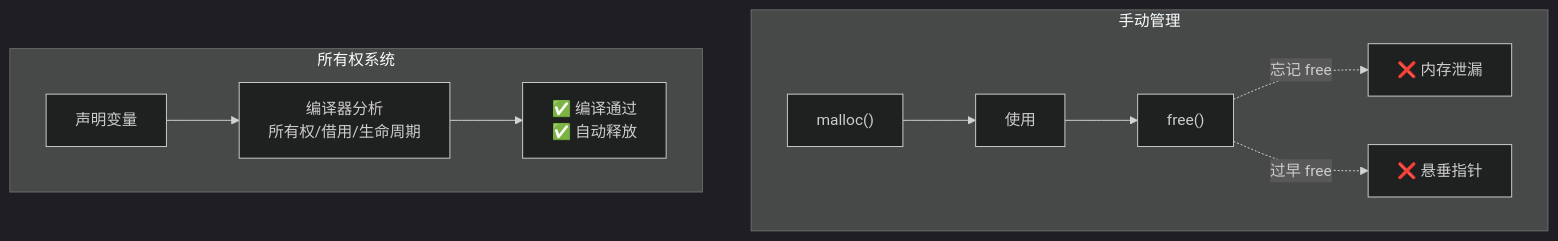
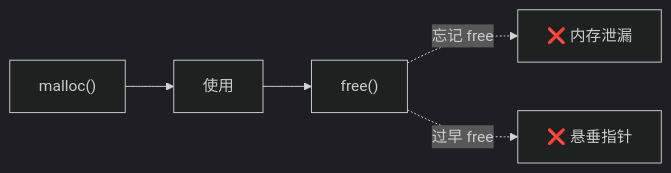
One commit to hantaikeju/hantaikeju.github.io changed the sixth of 7 diagrams in content/rust/stack-heap.md. Above: the diagram before and after it, drawn with Mermaid (dark theme). The commit also changed other lines of this file and 1 other file, not shown here.

Commit message:
【新增】--图形显示

````diff
--- a/content/rust/stack-heap.md
+++ b/content/rust/stack-heap.md
@@ -201,11 +203,6 @@
 ```mermaid
-flowchart TB
-    subgraph 手动管理
-        C1["malloc()"] --> C2["使用"] --> C3["free()"]
-        C3 -.->|忘记 free| C4["❌ 内存泄漏"]
-        C3 -.->|过早 free| C5["❌ 悬垂指针"]
-    end
-    subgraph 所有权系统
-        R1["声明变量"] --> R2["编译器分析\n所有权/借用/生命周期"] --> R3["✅ 编译通过\n✅ 自动释放"]
-    end
+flowchart LR
+    C1["malloc()"] --> C2["使用"] --> C3["free()"]
+    C3 -.->|忘记 free| C4["❌ 内存泄漏"]
+    C3 -.->|过早 free| C5["❌ 悬垂指针"]
 ```
````
